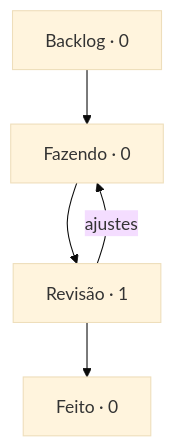
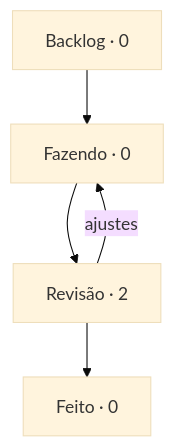
Before and after one commit to StudioVibi/VibiKanban: the diagram in boards/harness/BOARD.md, drawn with Mermaid (base theme). The commit also changed other lines of this file and 2 other files, not shown here.

````diff
--- a/boards/harness/BOARD.md
+++ b/boards/harness/BOARD.md
@@ -5,10 +5,10 @@
 ```mermaid
 flowchart TD
   backlog["Backlog · 0"] --> doing["Fazendo · 0"]
-  doing --> review["Revisão · 1"]
+  doing --> review["Revisão · 2"]
   review --> done["Feito · 0"]
   review -->|ajustes| doing
   doing:::blue
   review:::yellow
   done:::green
 ```
````
